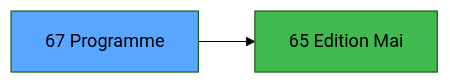
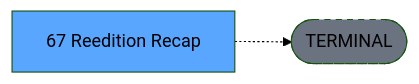
Before and after one commit to thonyAGP/lecteur-magic: the third of 3 diagrams in .openspec/specs/ADH-IDE-67.md, drawn with Mermaid (forest theme). The commit also changed other lines of this file and 701 other files, not shown here.

````diff
--- a/.openspec/specs/ADH-IDE-67.md
+++ b/.openspec/specs/ADH-IDE-67.md
@@ -125,8 +134,8 @@
 ```mermaid
 graph LR
-    T[67 Programme]
-    C65[65 Edition  Mai]
-    T --> C65
+    T[67 Reedition Recap]
+    TERM([TERMINAL])
+    T -.-> TERM
+    style TERM fill:#6b7280,stroke-dasharray: 5 5
     style T fill:#58a6ff,color:#000
-    style C65 fill:#3fb950
 ```
````
